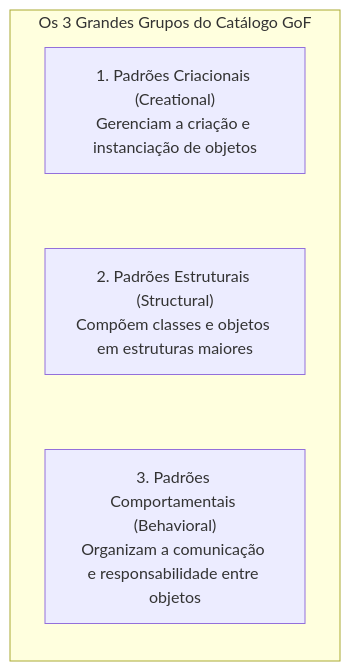
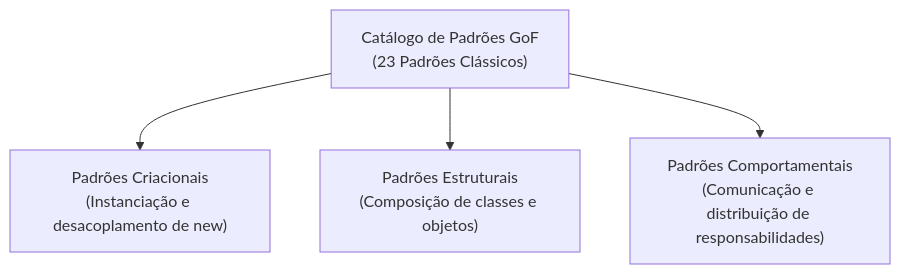
Before and after one commit to leorruas/puc: the third of 3 diagrams in 01. Programacao Modular/24. Padrões de projeto (design patterns) e o catálogo GoF.md, drawn with Mermaid. The commit also changed 6 other files, not shown here.

Commit message:
refactor: reformular estrategia visual de diagramas Mermaid e adicionar explorador interativo no app

````diff
--- a/01. Programacao Modular/24. Padrões de projeto (design patterns) e o catálogo GoF.md
+++ b/01. Programacao Modular/24. Padrões de projeto (design patterns) e o catálogo GoF.md
@@ -98,12 +98,12 @@
 ```mermaid
 flowchart TD
-    subgraph CatalogoGoF ["Os 3 Grandes Grupos do Catálogo GoF"]
-        direction TB
+    GoF["Catálogo de Padrões GoF<br>(23 Padrões Clássicos)"]:::core
 
-        G1["1. Padrões Criacionais (Creational)<br>Gerenciam a criação e instanciação de objetos"]
-        G2["2. Padrões Estruturais (Structural)<br>Compõem classes e objetos em estruturas maiores"]
-        G3["3. Padrões Comportamentais (Behavioral)<br>Organizam a comunicação e responsabilidade entre objetos"]
+    G1["Padrões Criacionais<br>(Instanciação e desacoplamento de new)"]:::component
+    G2["Padrões Estruturais<br>(Composição de classes e objetos)"]:::component
+    G3["Padrões Comportamentais<br>(Comunicação e distribuição de responsabilidades)"]:::component
 
-        G1 ~~~ G2 ~~~ G3
-    end
+    GoF --> G1
+    GoF --> G2
+    GoF --> G3
 ```
````
